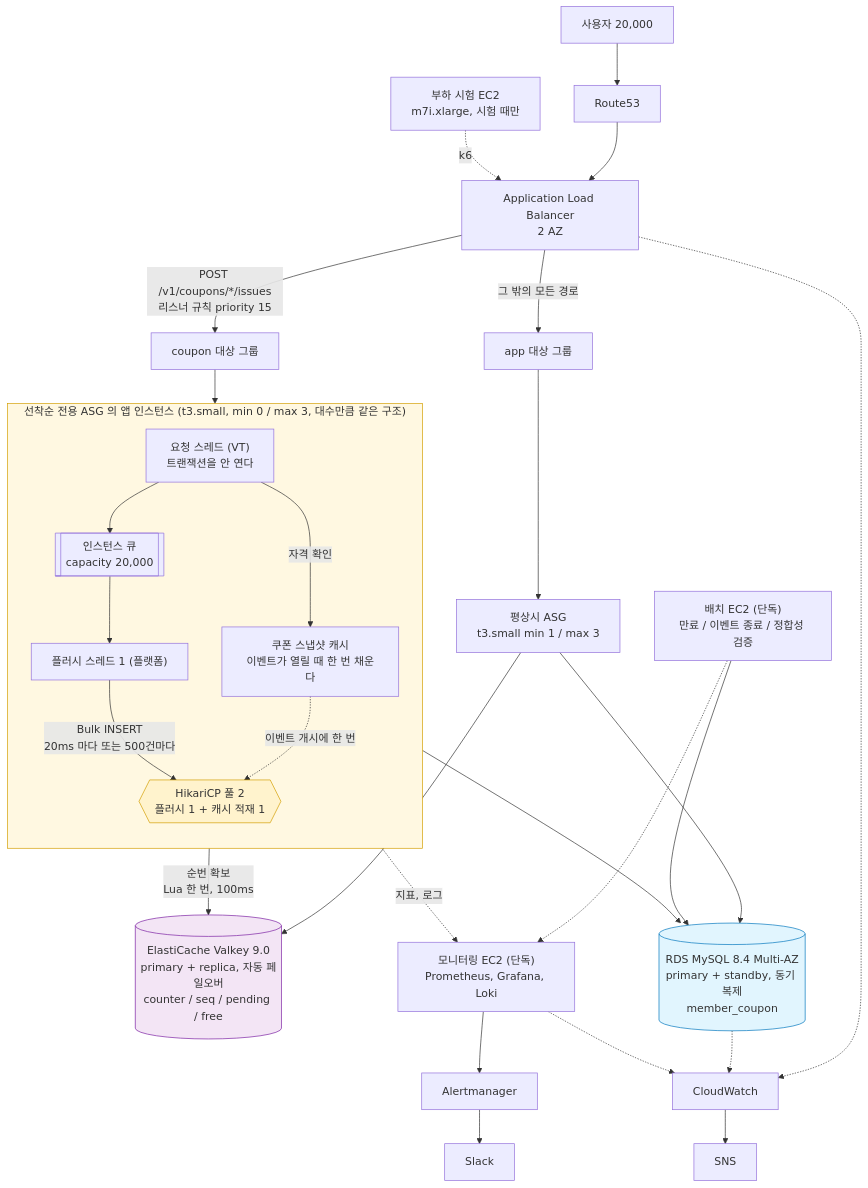
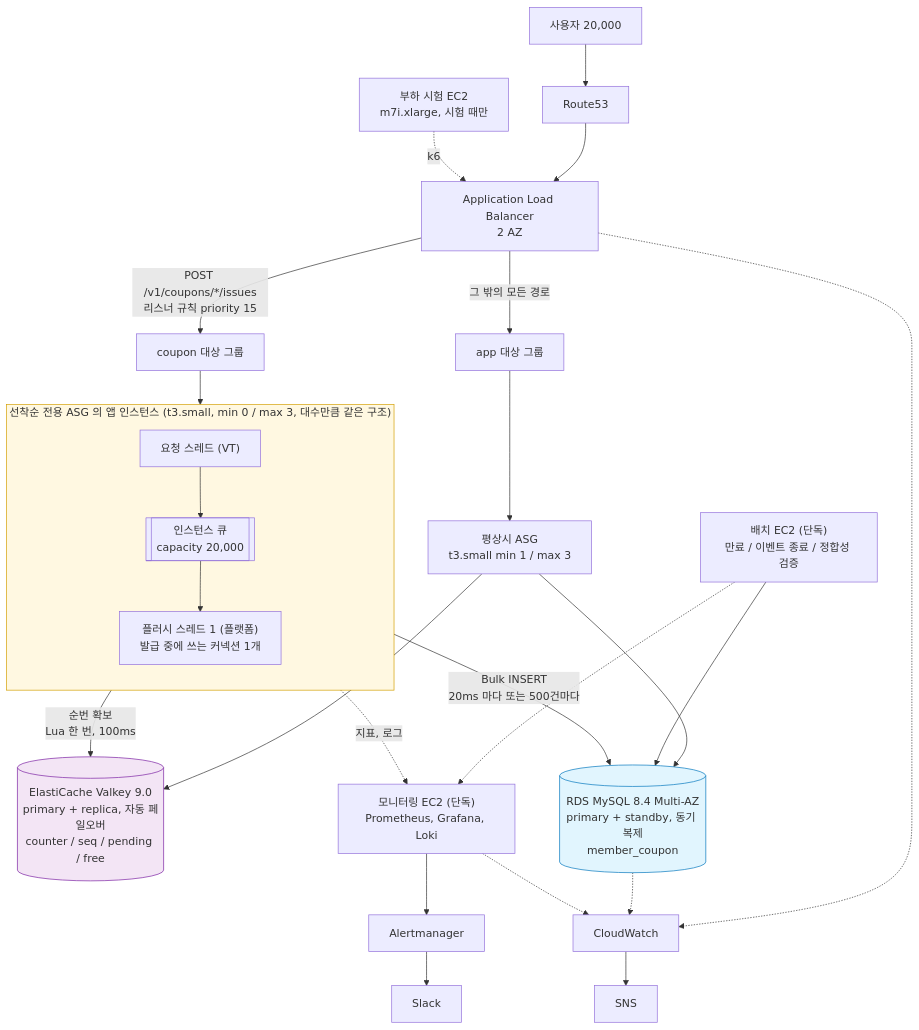
The first of 2 diagrams in README.md (fresh-market/fm-backend), drawn with Mermaid before and after one commit. The commit also changed other lines of this file, not shown here.

Commit message:
[Docs] 구조 그림을 되돌리고 발급 중 커넥션이 1개임을 밝힌다

````diff
--- a/README.md
+++ b/README.md
@@ -253,47 +253,38 @@
 ```mermaid
 flowchart TB
     U["사용자 20,000"] --> R53["Route53"]
     R53 --> ALB["Application Load Balancer<br/>2 AZ"]
 
     ALB -->|"POST /v1/coupons/*/issues<br/>리스너 규칙 priority 15"| TGC["coupon 대상 그룹"]
     ALB -->|"그 밖의 모든 경로"| TGA["app 대상 그룹"]
     TGA --> ASGA["평상시 ASG<br/>t3.small  min 1 / max 3"]
 
     subgraph COUPON["선착순 전용 ASG 의 앱 인스턴스 (t3.small, min 0 / max 3, 대수만큼 같은 구조)"]
         direction TB
-        VT["요청 스레드 (VT)<br/>트랜잭션을 안 연다"]
-        SNAP["쿠폰 스냅샷 캐시<br/>이벤트가 열릴 때 한 번 채운다"]
-        Q1[["인스턴스 큐<br/>capacity 20,000"]]
-        F1["플러시 스레드 1 (플랫폼)"]
-        POOL{{"HikariCP 풀 2<br/>플러시 1 + 캐시 적재 1"}}
-        VT -->|"자격 확인"| SNAP
-        VT --> Q1
-        Q1 --> F1
-        F1 -->|"Bulk INSERT<br/>20ms 마다 또는 500건마다"| POOL
-        SNAP -.->|"이벤트 개시에 한 번"| POOL
+        VT["요청 스레드 (VT)"] --> Q1[["인스턴스 큐<br/>capacity 20,000"]]
+        Q1 --> F1["플러시 스레드 1 (플랫폼)<br/>발급 중에 쓰는 커넥션 1개"]
     end
     TGC --> VT
 
     CACHE[("ElastiCache Valkey 9.0<br/>primary + replica, 자동 페일오버<br/>counter / seq / pending / free")]
     RDS[("RDS MySQL 8.4 Multi-AZ<br/>primary + standby, 동기 복제<br/>member_coupon")]
 
     VT -->|"순번 확보<br/>Lua 한 번, 100ms"| CACHE
-    POOL --> RDS
+    F1 -->|"Bulk INSERT<br/>20ms 마다 또는 500건마다"| RDS
     ASGA --> RDS
     ASGA --> CACHE
 
     BATCH["배치 EC2 (단독)<br/>만료 / 이벤트 종료 / 정합성 검증"] --> RDS
     MON["모니터링 EC2 (단독)<br/>Prometheus, Grafana, Loki"]
     LT["부하 시험 EC2<br/>m7i.xlarge, 시험 때만"] -.->|"k6"| ALB
 
     COUPON -.->|"지표, 로그"| MON
     BATCH -.-> MON
     MON --> AM["Alertmanager"] --> SLACK["Slack"]
     ALB & RDS & MON -.-> CW["CloudWatch"]
     CW --> SNS["SNS"]
 
     style COUPON fill:#fff8e1,stroke:#d39e00
-    style POOL fill:#fff3cd,stroke:#d39e00
     style CACHE fill:#f3e5f5,stroke:#7b1fa2
     style RDS fill:#e1f5fe,stroke:#0277bd
 ```
````
